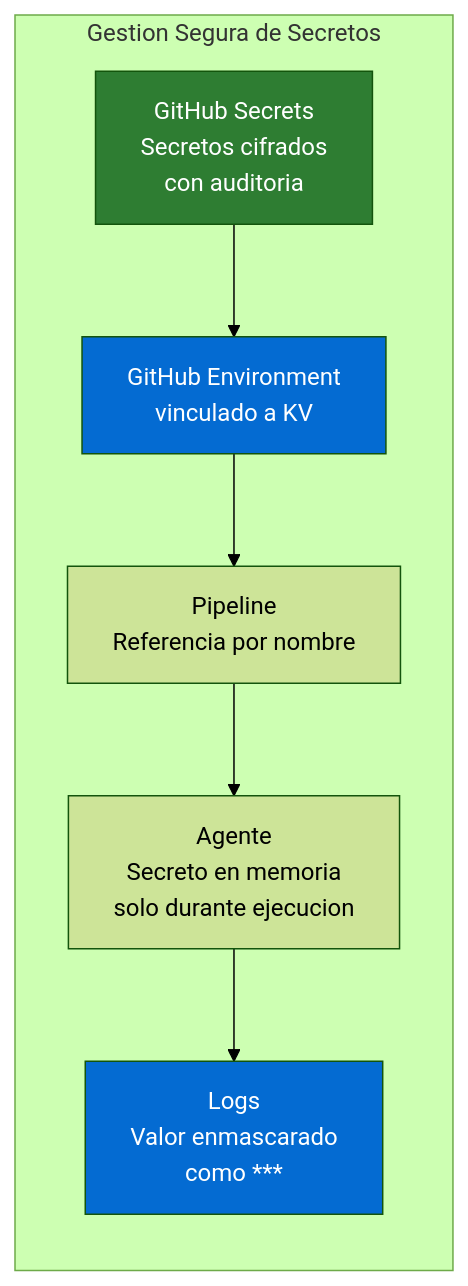
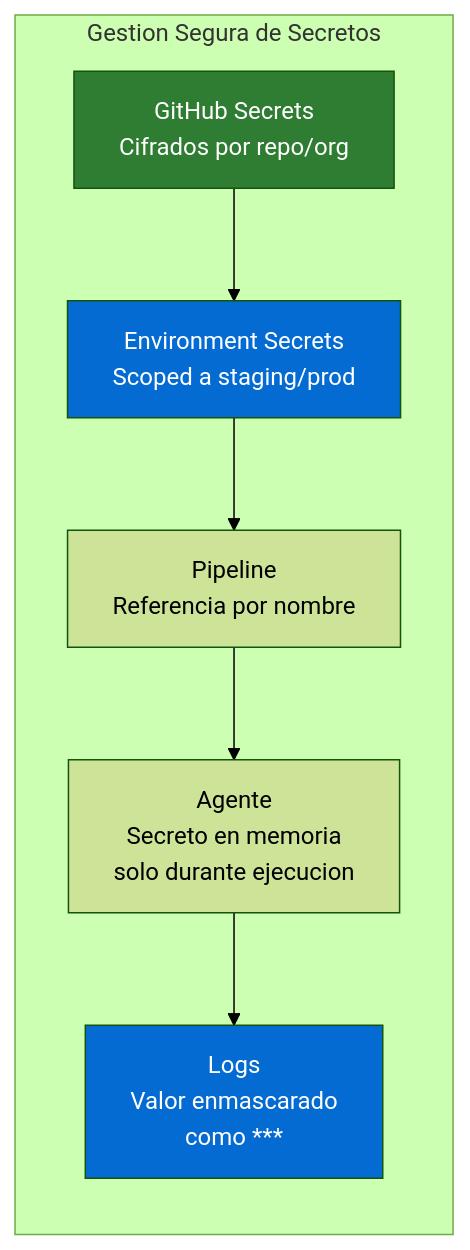
One commit to jhonsanchez/workshop-devsecops-pipelines changed the fifth of 7 diagrams in docs/concepto03-secretos/index.md. Above: the diagram before and after it, drawn with Mermaid (forest theme). The commit also changed other lines of this file, not shown here.

Commit message:
fix: differentiate GitHub Secrets types (repo/org/environment) in concept 3

````diff
--- a/docs/concepto03-secretos/index.md
+++ b/docs/concepto03-secretos/index.md
@@ -215,13 +215,13 @@
 ```mermaid
 flowchart LR
     subgraph Correcto["Gestion Segura de Secretos"]
-        KV[GitHub Secrets<br/>Secretos cifrados<br/>con auditoria] --> VG[GitHub Environment<br/>vinculado a KV]
+        KV[GitHub Secrets<br/>Cifrados por repo/org] --> VG[Environment Secrets<br/>Scoped a staging/prod]
         VG --> P[Pipeline<br/>Referencia por nombre]
         P --> A[Agente<br/>Secreto en memoria<br/>solo durante ejecucion]
         A --> M[Logs<br/>Valor enmascarado<br/>como ***]
     end
 
     style KV fill:#2e7d32,color:#fff
     style VG fill:#046BD2,color:#fff
     style M fill:#046BD2,color:#fff
 ```
````
